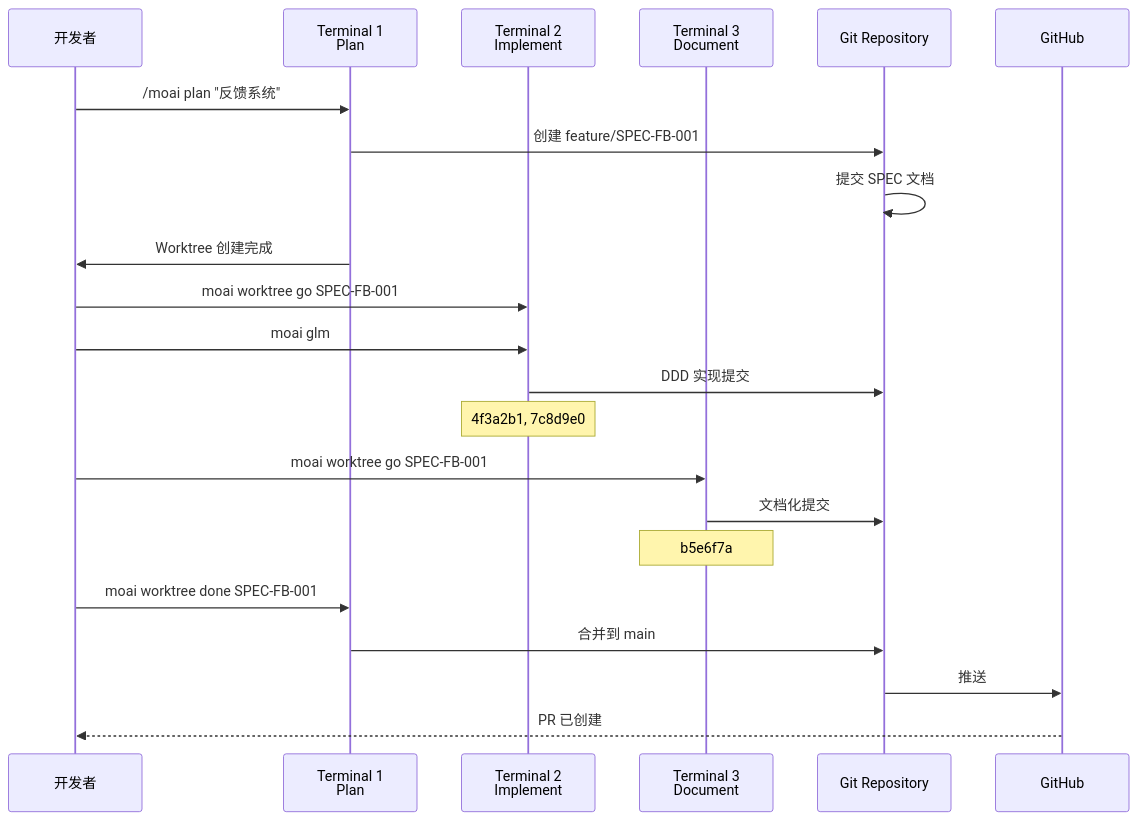
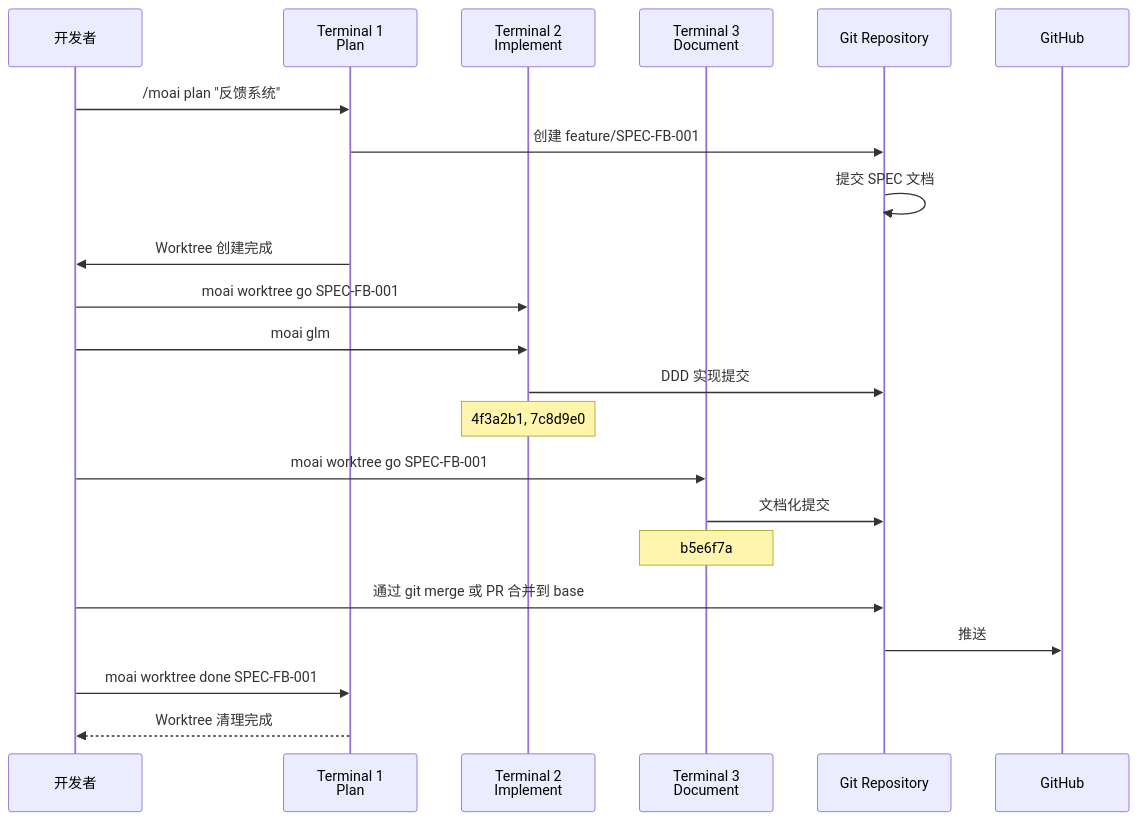
Before and after one commit to gabrielmoreira/agent-skills-mirror: the fourth of 4 diagrams in mirrors/repos/modu-ai@moai-adk/docs-site/content/zh/worktree/examples.md, drawn with Mermaid. The commit also changed other lines of this file and 4482 other files, not shown here.

````diff
--- a/mirrors/repos/modu-ai@moai-adk/docs-site/content/zh/worktree/examples.md
+++ b/mirrors/repos/modu-ai@moai-adk/docs-site/content/zh/worktree/examples.md
@@ -490,28 +464,28 @@
 ```mermaid
 sequenceDiagram
     participant Dev as 开发者
     participant T1 as Terminal 1<br/>Plan
     participant T2 as Terminal 2<br/>Implement
     participant T3 as Terminal 3<br/>Document
     participant Git as Git Repository
     participant Remote as GitHub
 
     Dev->>T1: /moai plan "反馈系统"
     T1->>Git: 创建 feature/SPEC-FB-001
     Git->>Git: 提交 SPEC 文档
     T1->>Dev: Worktree 创建完成
 
     Dev->>T2: moai worktree go SPEC-FB-001
     Dev->>T2: moai glm
     T2->>Git: DDD 实现提交
     Note over T2: 4f3a2b1, 7c8d9e0
 
     Dev->>T3: moai worktree go SPEC-FB-001
     T3->>Git: 文档化提交
     Note over T3: b5e6f7a
 
+    Dev->>Git: 通过 git merge 或 PR 合并到 base
+    Git->>Remote: 推送
     Dev->>T1: moai worktree done SPEC-FB-001
-    T1->>Git: 合并到 main
-    Git->>Remote: 推送
-    Remote-->>Dev: PR 已创建
+    T1-->>Dev: Worktree 清理完成
 ```
````
